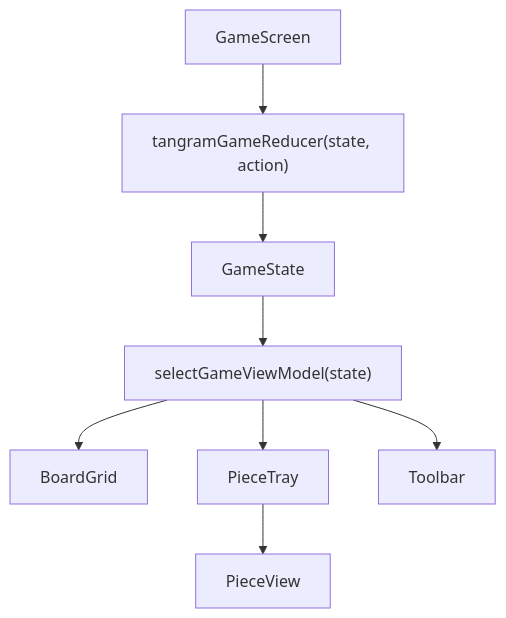
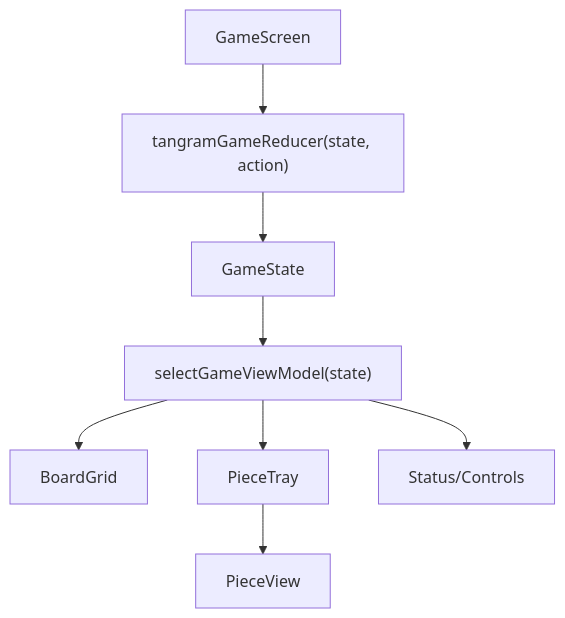
Before and after one commit to viberoots/viberoots: the diagram in docs/tangram-design.md, drawn with Mermaid. The commit also changed other lines of this file and 16 other files, not shown here.

````diff
--- a/docs/tangram-design.md
+++ b/docs/tangram-design.md
@@ -270,10 +287,10 @@
 ```mermaid
 flowchart TD
   A["GameScreen"] --> B["tangramGameReducer(state, action)"]
   B --> C["GameState"]
   C --> D["selectGameViewModel(state)"]
   D --> E["BoardGrid"]
   D --> F["PieceTray"]
-  D --> G["Toolbar"]
+  D --> G["Status/Controls"]
   F --> H["PieceView"]
 ```
````
